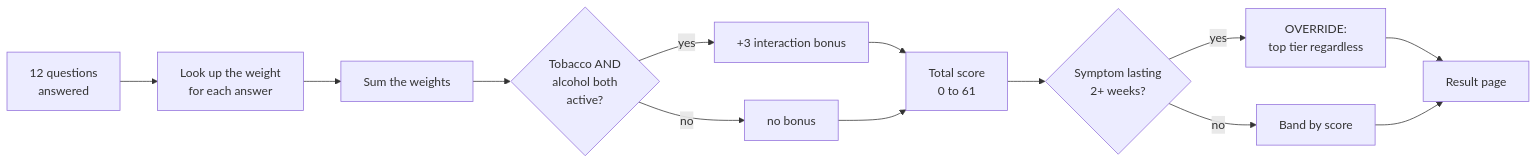
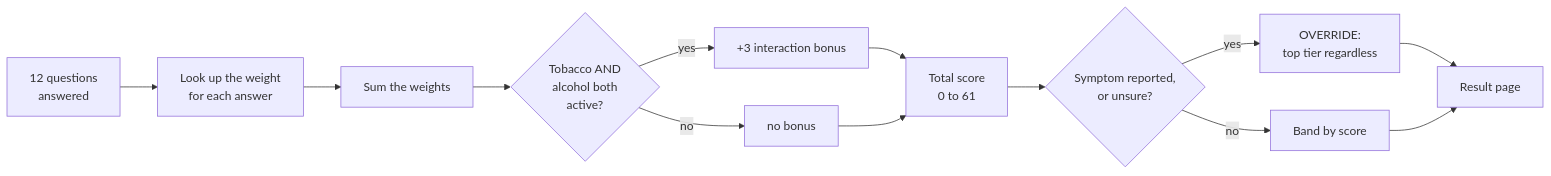
Before and after one commit to ianoharris/oralcheck: the second of 7 diagrams in docs/OWNERS_GUIDE.md, drawn with Mermaid. The commit also changed other lines of this file and 16 other files, not shown here.

````diff
--- a/docs/OWNERS_GUIDE.md
+++ b/docs/OWNERS_GUIDE.md
@@ -189,15 +199,15 @@
 ```mermaid
 flowchart LR
     A["12 questions<br/>answered"] --> B["Look up the weight<br/>for each answer"]
     B --> C["Sum the weights"]
     C --> D{"Tobacco AND<br/>alcohol both<br/>active?"}
     D -->|yes| E["+3 interaction bonus"]
     D -->|no| F["no bonus"]
     E --> G["Total score<br/>0 to 61"]
     F --> G
-    G --> H{"Symptom lasting<br/>2+ weeks?"}
+    G --> H{"Symptom reported,<br/>or unsure?"}
     H -->|yes| I["OVERRIDE:<br/>top tier regardless"]
     H -->|no| J["Band by score"]
     I --> K["Result page"]
     J --> K
 ```
````
